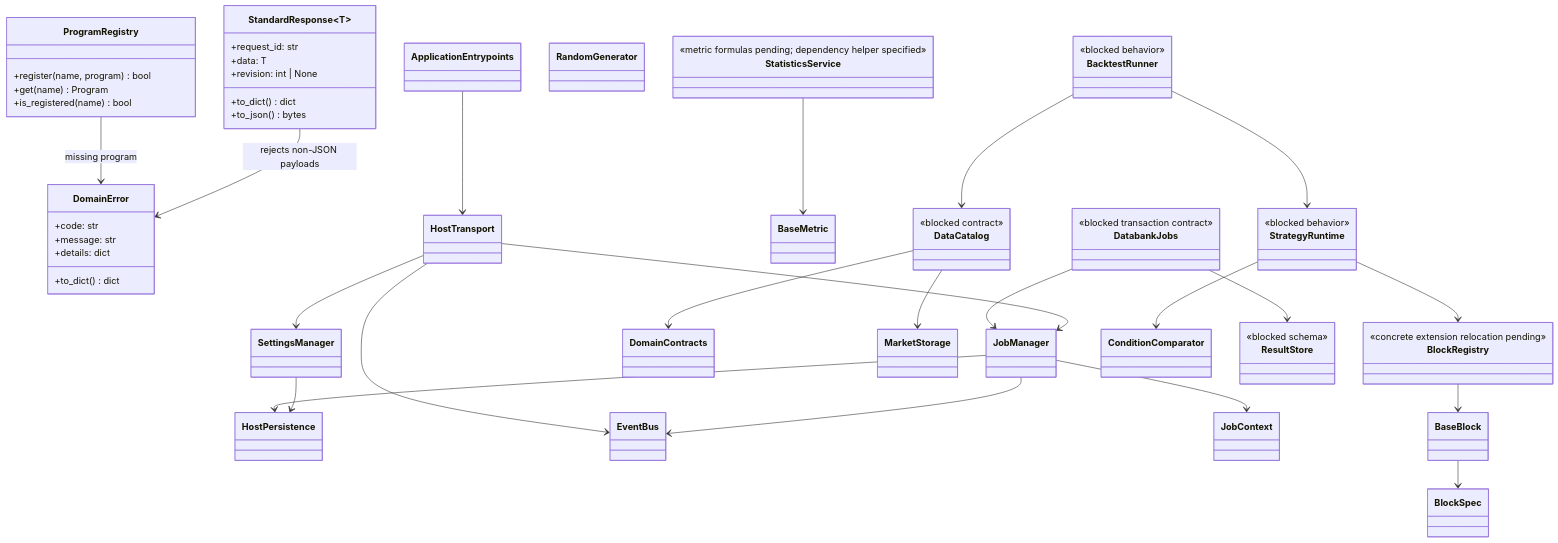
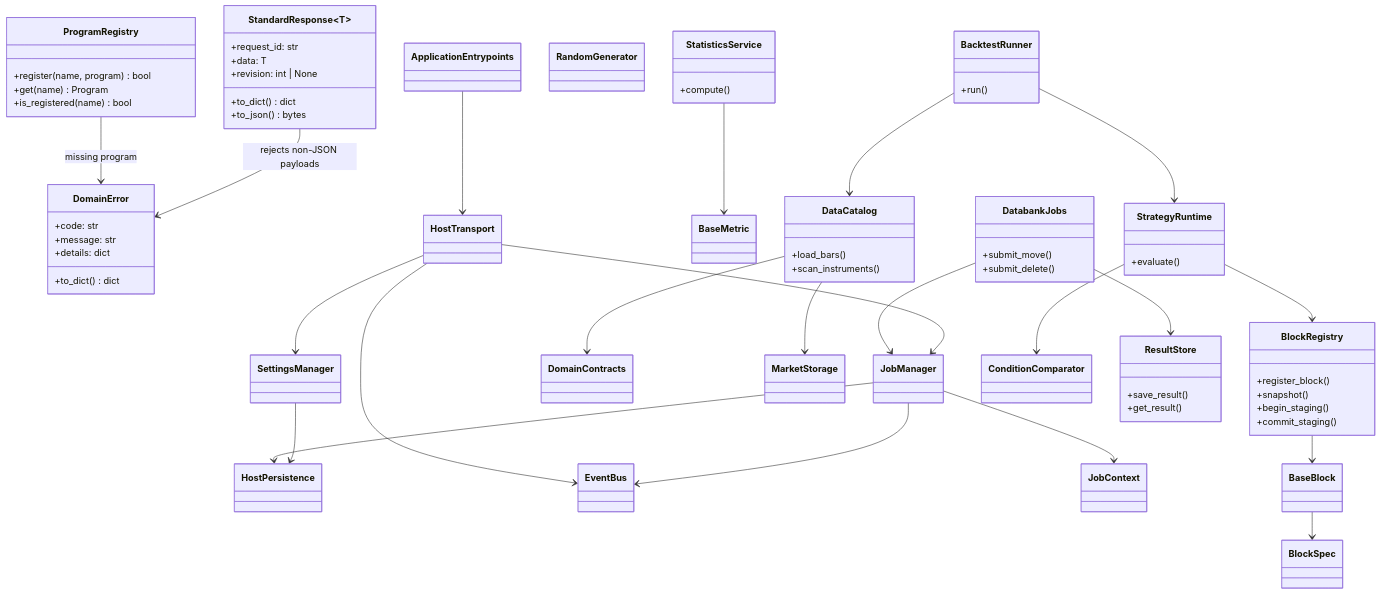
The diagram in docs/dev/full-reimplementation/01-AppCore.md (haruperi/HaruQuantAI), drawn with Mermaid before and after one commit. The commit also changed other lines of this file, not shown here.

Commit message:
docs(core): unblock all pending core work orders with verified donor evidence

```diff
--- a/docs/dev/full-reimplementation/01-AppCore.md
+++ b/docs/dev/full-reimplementation/01-AppCore.md
@@ -34,28 +34,34 @@
   class BlockSpec
   class BaseBlock
   class BlockRegistry {
-    <<concrete extension relocation pending>>
+    +register_block()
+    +snapshot()
+    +begin_staging()
+    +commit_staging()
   }
   class ConditionComparator
   class BaseMetric
   class RandomGenerator
   class DataCatalog {
-    <<blocked contract>>
+    +load_bars()
+    +scan_instruments()
   }
   class StrategyRuntime {
-    <<blocked behavior>>
+    +evaluate()
   }
   class BacktestRunner {
-    <<blocked behavior>>
+    +run()
   }
   class StatisticsService {
-    <<metric formulas pending; dependency helper specified>>
+    +compute()
   }
   class ResultStore {
-    <<blocked schema>>
+    +save_result()
+    +get_result()
   }
   class DatabankJobs {
-    <<blocked transaction contract>>
+    +submit_move()
+    +submit_delete()
   }
   SettingsManager --> HostPersistence
   JobManager --> HostPersistence
```
